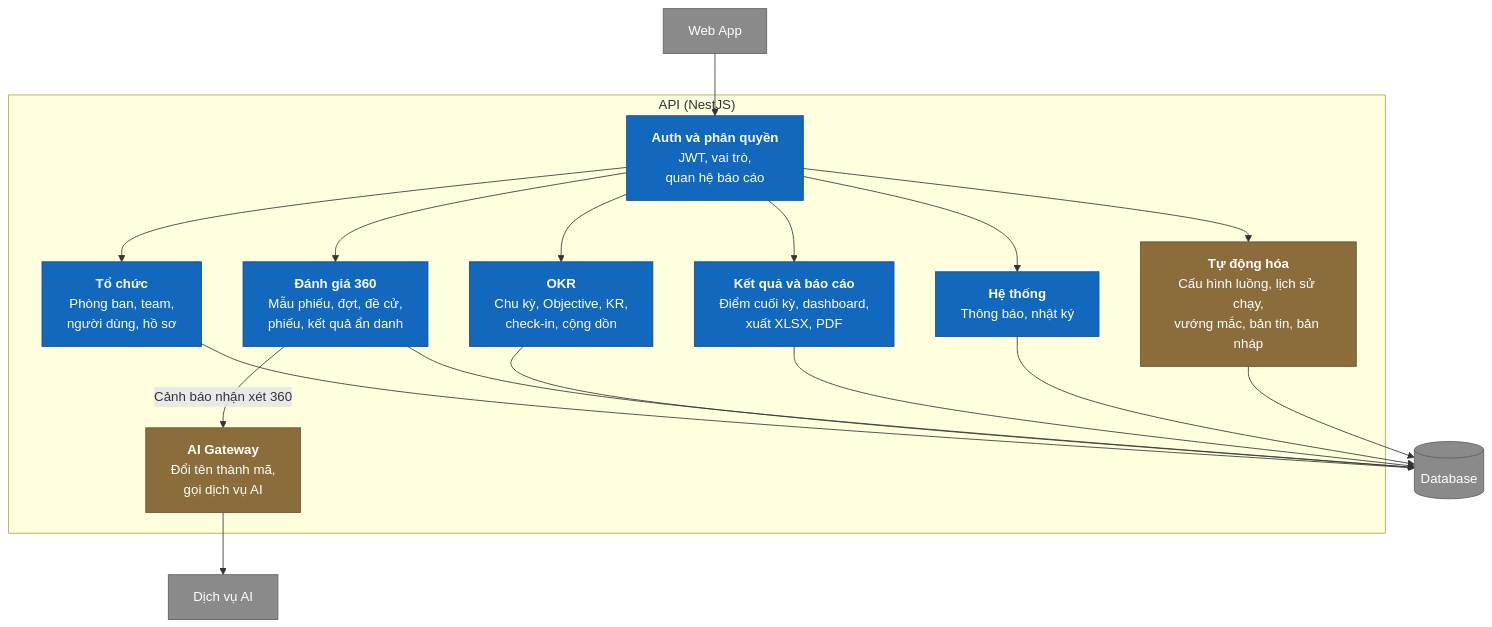
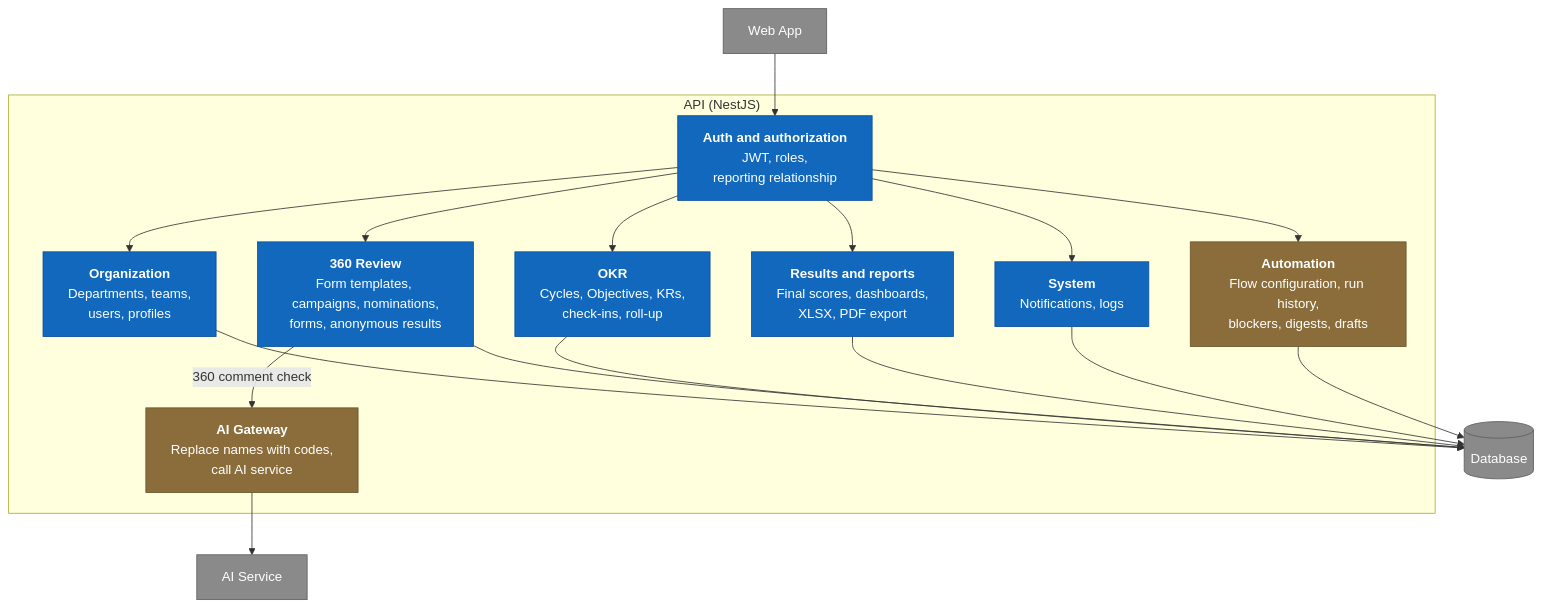
One commit to Akaza-ban/OCK-360 changed the third of 5 diagrams in docs/architecture/c4.md. Above: the diagram before and after it, drawn with Mermaid. The commit also changed other lines of this file and 24 other files, not shown here.

````diff
--- a/docs/architecture/c4.md
+++ b/docs/architecture/c4.md
@@ -87,31 +87,31 @@
 ```mermaid
 flowchart TB
     spa["Web App"]
 
     subgraph api["API (NestJS)"]
-        guard["<b>Auth và phân quyền</b><br/>JWT, vai trò,<br/>quan hệ báo cáo"]
-        org["<b>Tổ chức</b><br/>Phòng ban, team,<br/>người dùng, hồ sơ"]
-        okr["<b>OKR</b><br/>Chu kỳ, Objective, KR,<br/>check-in, cộng dồn"]
-        review["<b>Đánh giá 360</b><br/>Mẫu phiếu, đợt, đề cử,<br/>phiếu, kết quả ẩn danh"]
-        result["<b>Kết quả và báo cáo</b><br/>Điểm cuối kỳ, dashboard,<br/>xuất XLSX, PDF"]
-        system["<b>Hệ thống</b><br/>Thông báo, nhật ký"]
-        automation["<b>Tự động hóa</b><br/>Cấu hình luồng, lịch sử chạy,<br/>vướng mắc, bản tin, bản nháp"]
-        gateway["<b>AI Gateway</b><br/>Đổi tên thành mã,<br/>gọi dịch vụ AI"]
+        guard["<b>Auth and authorization</b><br/>JWT, roles,<br/>reporting relationship"]
+        org["<b>Organization</b><br/>Departments, teams,<br/>users, profiles"]
+        okr["<b>OKR</b><br/>Cycles, Objectives, KRs,<br/>check-ins, roll-up"]
+        review["<b>360 Review</b><br/>Form templates, campaigns, nominations,<br/>forms, anonymous results"]
+        result["<b>Results and reports</b><br/>Final scores, dashboards,<br/>XLSX, PDF export"]
+        system["<b>System</b><br/>Notifications, logs"]
+        automation["<b>Automation</b><br/>Flow configuration, run history,<br/>blockers, digests, drafts"]
+        gateway["<b>AI Gateway</b><br/>Replace names with codes,<br/>call AI service"]
     end
 
     db[("Database")]
-    ai["Dịch vụ AI"]
+    ai["AI Service"]
 
     spa --> guard
     guard --> org & okr & review & result & system & automation
-    review -->|"Cảnh báo nhận xét 360"| gateway
+    review -->|"360 comment check"| gateway
     org & okr & review & result & system & automation --> db
     gateway --> ai
 
     classDef ext fill:#8a8a8a,color:#fff,stroke:#5e5e5e
     classDef comp fill:#1168bd,color:#fff,stroke:#0b4f9e
     classDef aiComp fill:#8a6d3b,color:#fff,stroke:#6b532c
     class spa,db,ai ext
     class guard,org,okr,review,result,system comp
     class automation,gateway aiComp
 ```
````
